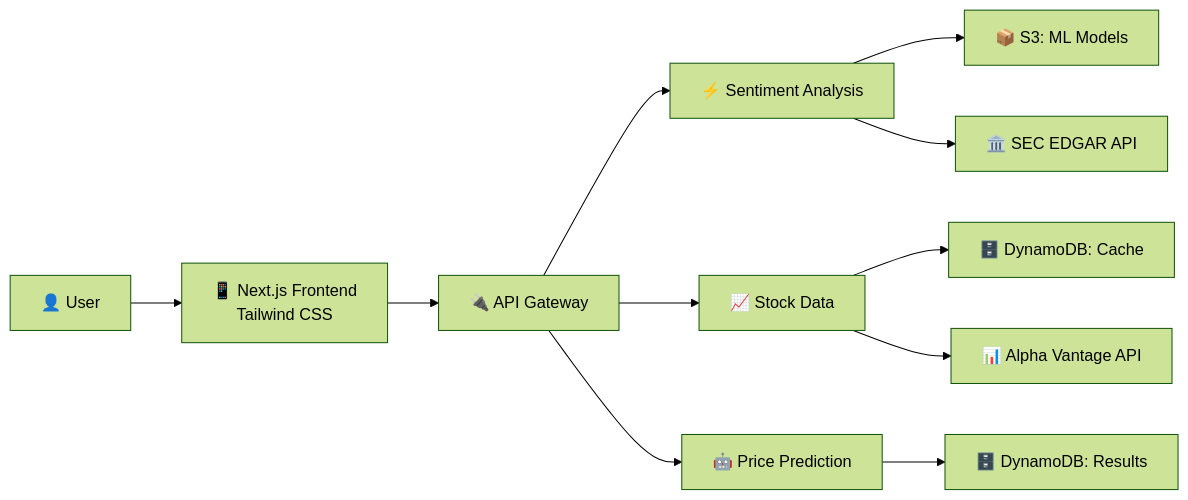
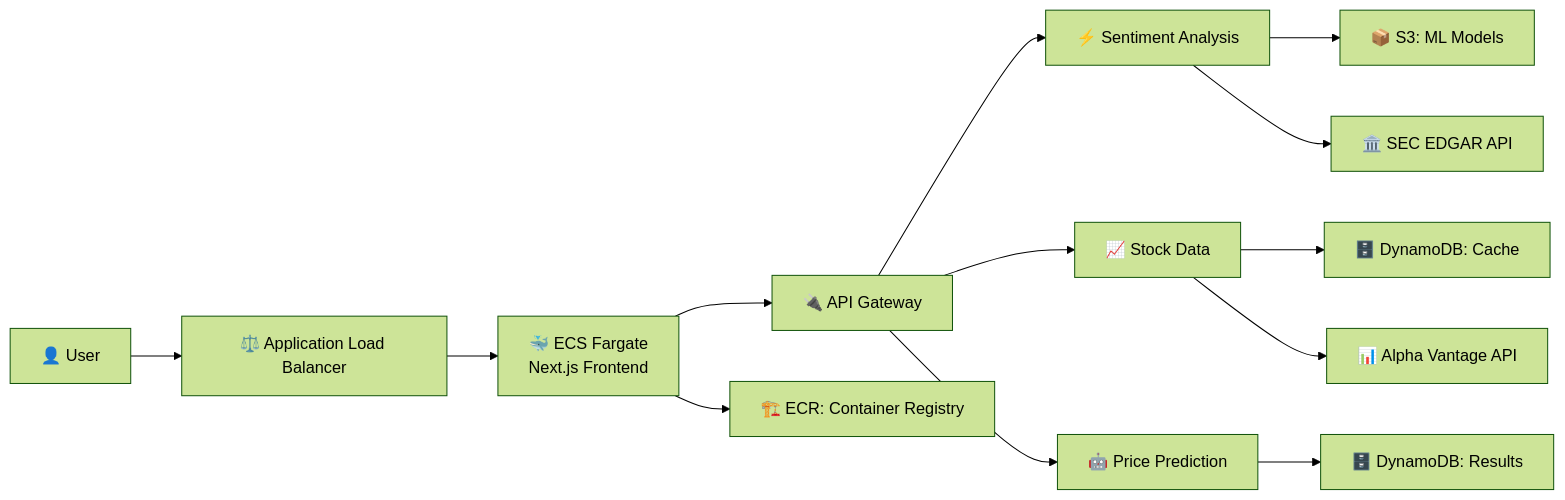
Before and after one commit to cobriensr/qe-sentiment-price-predictor: the first of 2 diagrams in README.md, drawn with Mermaid (forest theme). The commit also changed other lines of this file, not shown here.

````diff
--- a/README.md
+++ b/README.md
@@ -17,15 +17,18 @@
 ```mermaid
 graph LR
-    User[👤 User] --> Frontend[📱 Next.js Frontend<br/>Tailwind CSS]
-    Frontend --> API[🔌 API Gateway]
+    User[👤 User] --> ALB[⚖️ Application Load Balancer]
+    ALB --> ECS[🐳 ECS Fargate<br/>Next.js Frontend]
+    ECS --> API[🔌 API Gateway]
     API --> Lambda1[⚡ Sentiment Analysis]
     API --> Lambda2[📈 Stock Data]
     API --> Lambda3[🤖 Price Prediction]
 
     Lambda1 --> S3[📦 S3: ML Models]
     Lambda2 --> DynamoDB1[🗄️ DynamoDB: Cache]
     Lambda3 --> DynamoDB2[🗄️ DynamoDB: Results]
 
     Lambda2 --> AlphaVantage[📊 Alpha Vantage API]
     Lambda1 --> SEC[🏛️ SEC EDGAR API]
+    
+    ECS --> ECR[🏗️ ECR: Container Registry]
 ```
````
